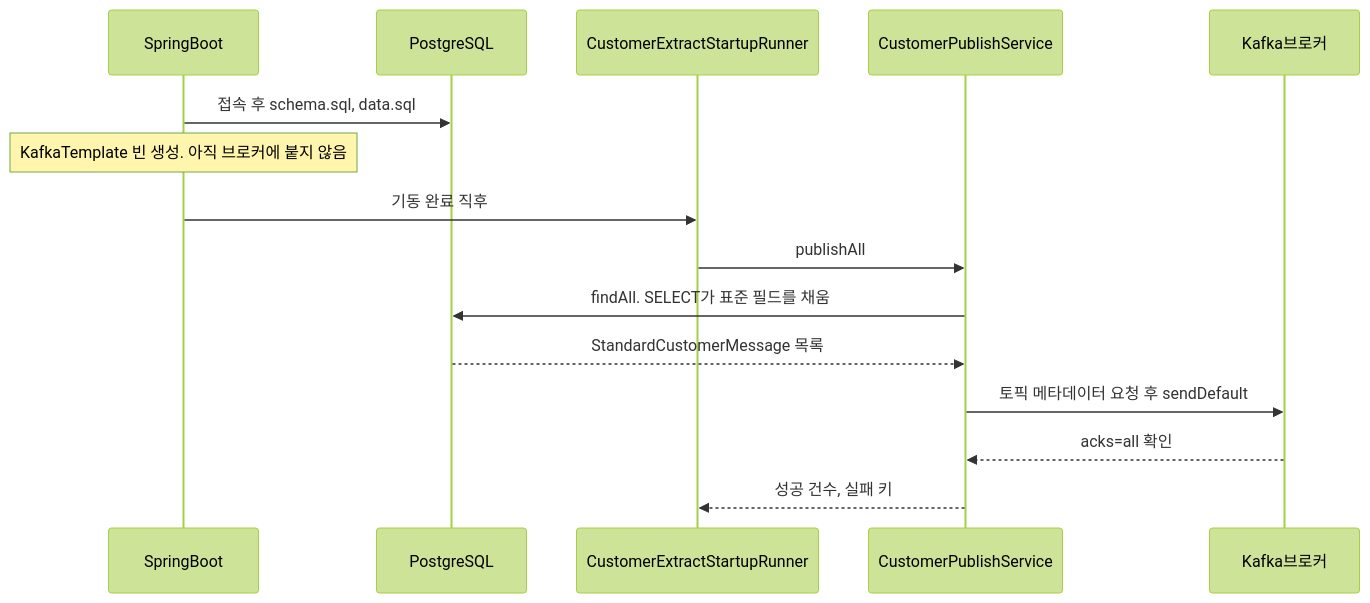
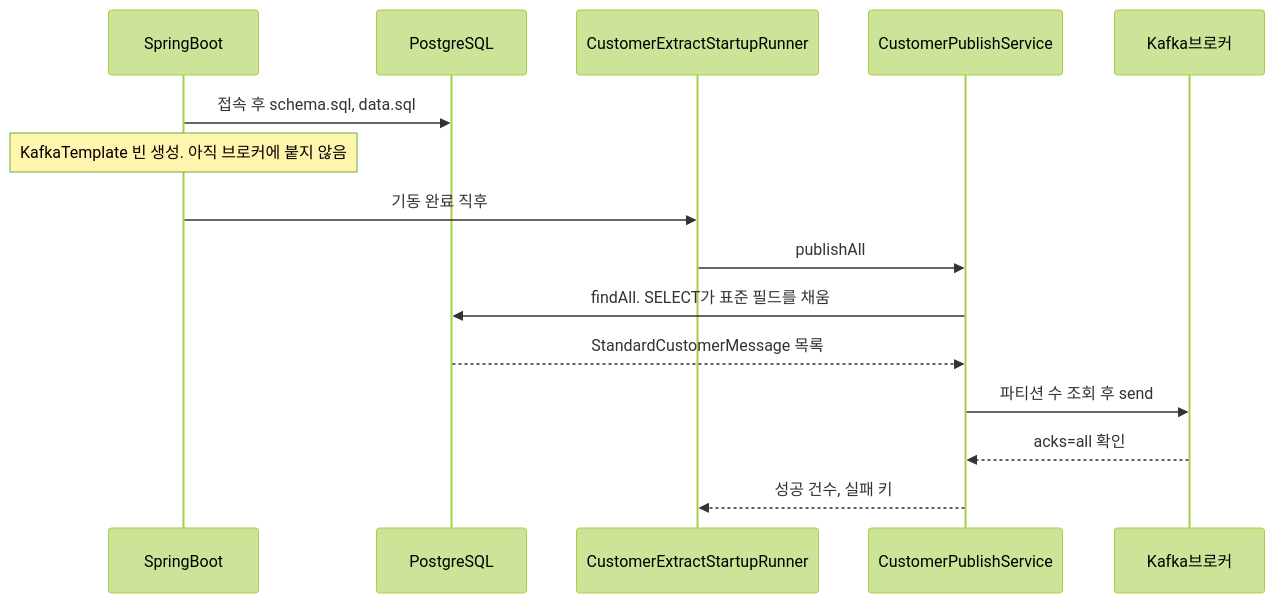
Before and after one commit to zustarttf/kafka_test: the second of 3 diagrams in docs/kafka.md, drawn with Mermaid (forest theme). The commit also changed other lines of this file and 4 other files, not shown here.

````diff
--- a/docs/kafka.md
+++ b/docs/kafka.md
@@ -38,18 +38,18 @@
 ```mermaid
 sequenceDiagram
   participant Boot as SpringBoot
   participant Db as PostgreSQL
   participant Runner as CustomerExtractStartupRunner
   participant Svc as CustomerPublishService
   participant Broker as Kafka브로커
 
   Boot->>Db: 접속 후 schema.sql, data.sql
   Note over Boot: KafkaTemplate 빈 생성. 아직 브로커에 붙지 않음
   Boot->>Runner: 기동 완료 직후
   Runner->>Svc: publishAll
   Svc->>Db: findAll. SELECT가 표준 필드를 채움
   Db-->>Svc: StandardCustomerMessage 목록
-  Svc->>Broker: 토픽 메타데이터 요청 후 sendDefault
+  Svc->>Broker: 파티션 수 조회 후 send
   Broker-->>Svc: acks=all 확인
   Svc-->>Runner: 성공 건수, 실패 키
 ```
````
